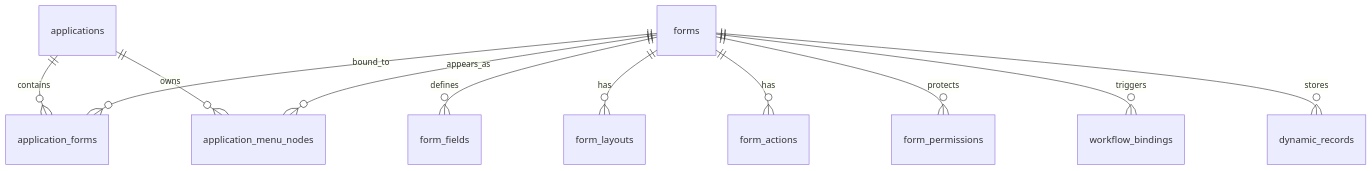
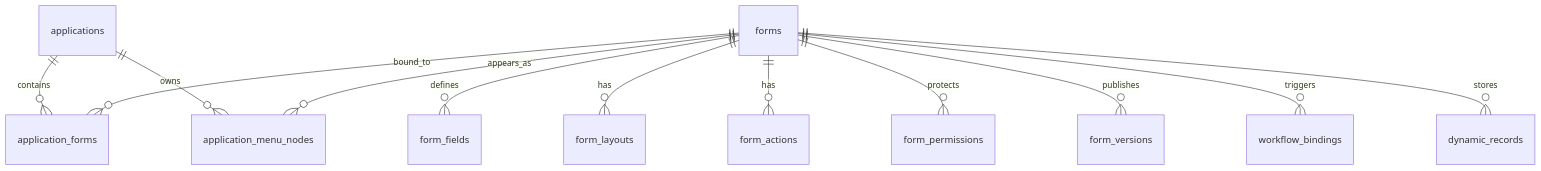
One commit to yelan-131/Palantir_Demo changed the diagram in docs/architecture/low-code-platform.md. Above: the diagram before and after it, drawn with Mermaid. The commit also changed other lines of this file and 36 other files, not shown here.

````diff
--- a/docs/architecture/low-code-platform.md
+++ b/docs/architecture/low-code-platform.md
@@ -53,13 +58,14 @@
 ```mermaid
 erDiagram
   applications ||--o{ application_forms : contains
   forms ||--o{ application_forms : bound_to
   applications ||--o{ application_menu_nodes : owns
   forms ||--o{ application_menu_nodes : appears_as
   forms ||--o{ form_fields : defines
   forms ||--o{ form_layouts : has
   forms ||--o{ form_actions : has
   forms ||--o{ form_permissions : protects
+  forms ||--o{ form_versions : publishes
   forms ||--o{ workflow_bindings : triggers
   forms ||--o{ dynamic_records : stores
 ```
````
